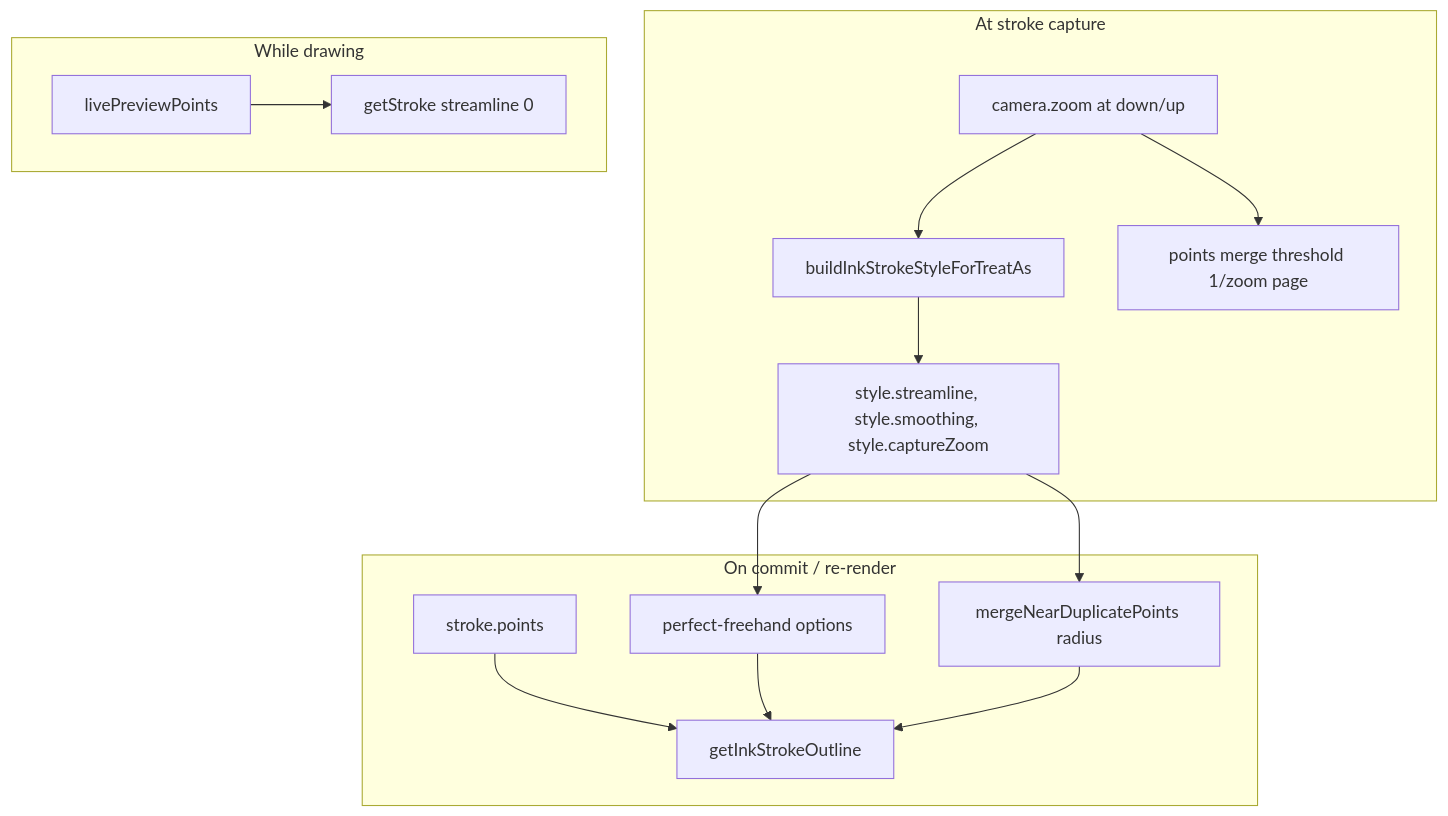
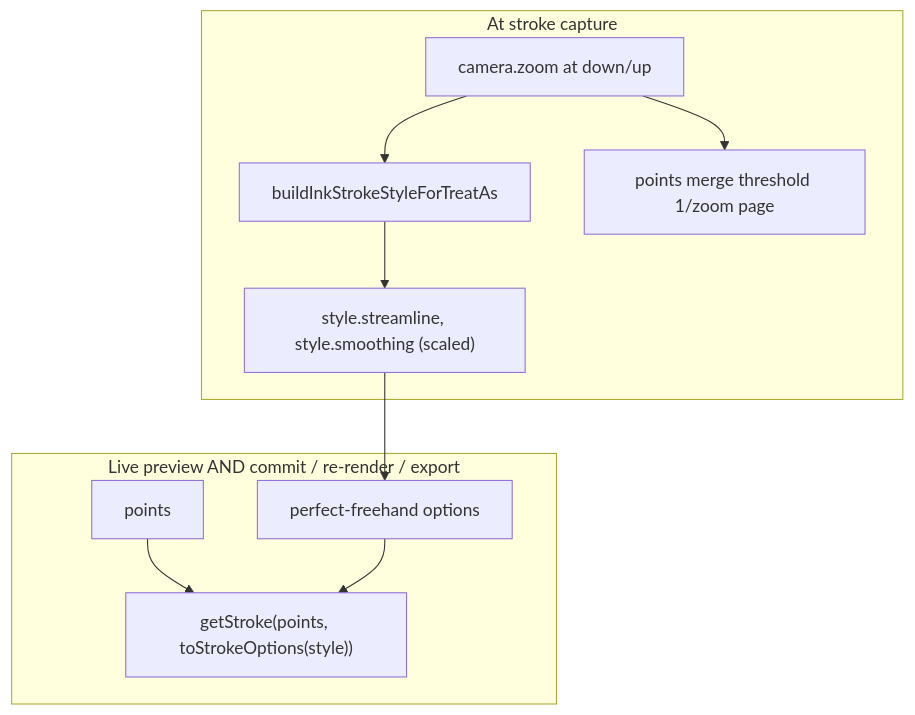
Before and after one commit to daledesilva/obsidian_ink: the first of 3 diagrams in docs/ink-canvas-zoom-scaled-strokes.md, drawn with Mermaid. The commit also changed other lines of this file and 9 other files, not shown here.

Commit message:
Fix disparity between final line and live drawing line

````diff
--- a/docs/ink-canvas-zoom-scaled-strokes.md
+++ b/docs/ink-canvas-zoom-scaled-strokes.md
@@ -38,19 +38,14 @@
 ```mermaid
 flowchart TD
   subgraph capture [At stroke capture]
     Z[camera.zoom at down/up]
     Z --> Style[buildInkStrokeStyleForTreatAs]
-    Style --> Baked["style.streamline, style.smoothing, style.captureZoom"]
+    Style --> Baked["style.streamline, style.smoothing (scaled)"]
     Z --> MergeCap["points merge threshold 1/zoom page"]
   end
-  subgraph commit [On commit / re-render]
+  subgraph render [Live preview AND commit / re-render / export]
     Baked --> PF[perfect-freehand options]
-    Baked --> Dup[mergeNearDuplicatePoints radius]
-    Points[stroke.points] --> Outline[getInkStrokeOutline]
+    Points[points] --> Outline["getStroke(points, toStrokeOptions(style))"]
     PF --> Outline
-    Dup --> Outline
-  end
-  subgraph live [While drawing]
-    LivePts[livePreviewPoints] --> LiveStroke["getStroke streamline 0"]
   end
 ```
````
